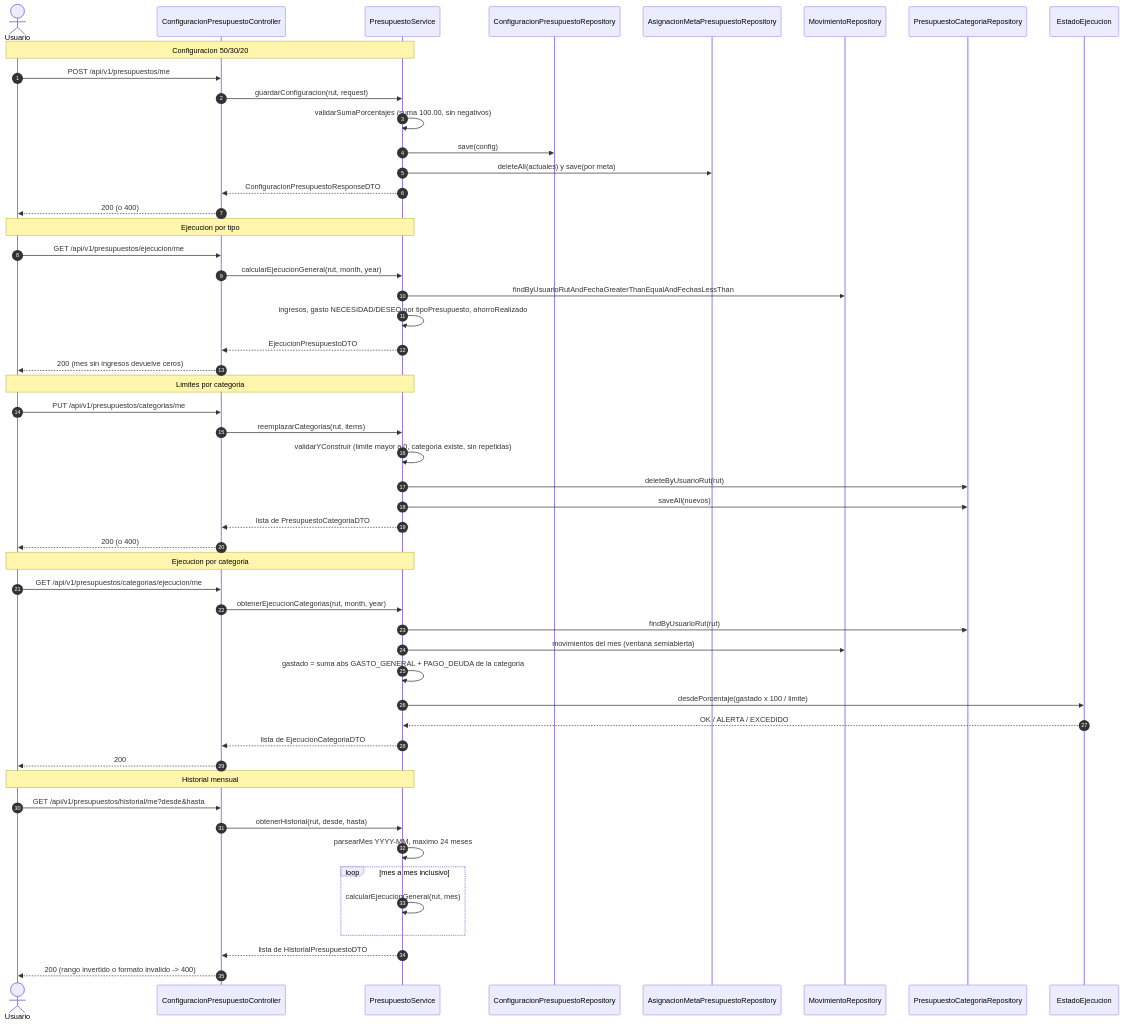
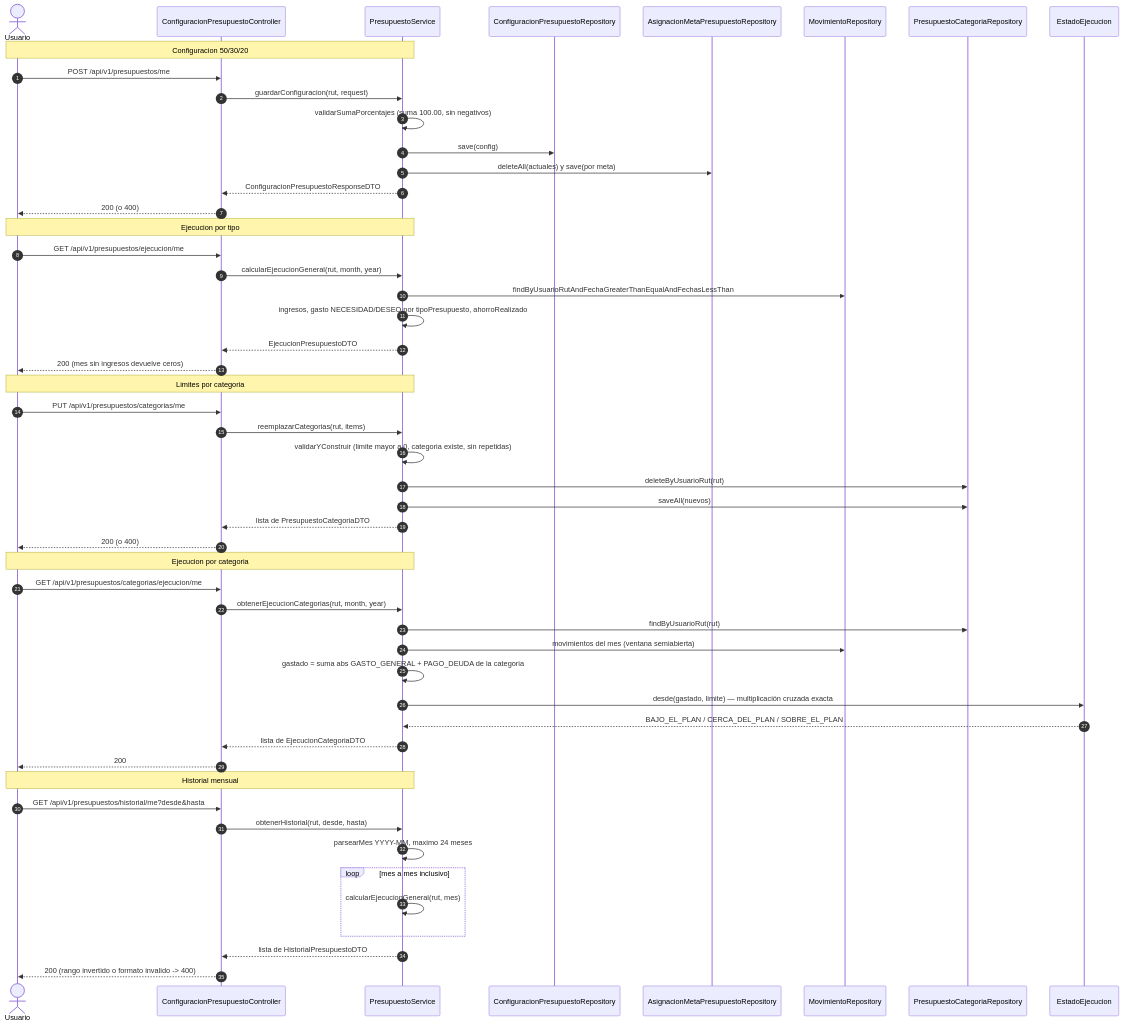
Before and after one commit to ItsMilkey/LITE: the diagram in docs/diagramas/13-flujo-presupuesto.md, drawn with Mermaid. The commit also changed other lines of this file and 31 other files, not shown here.

````diff
--- a/docs/diagramas/13-flujo-presupuesto.md
+++ b/docs/diagramas/13-flujo-presupuesto.md
@@ -17,59 +17,59 @@
 ```mermaid
 sequenceDiagram
     autonumber
     actor U as Usuario
     participant C as ConfiguracionPresupuestoController
     participant P as PresupuestoService
     participant CR as ConfiguracionPresupuestoRepository
     participant AR as AsignacionMetaPresupuestoRepository
     participant MR as MovimientoRepository
     participant PCR as PresupuestoCategoriaRepository
     participant EE as EstadoEjecucion
 
     Note over U,P: Configuracion 50/30/20
     U->>C: POST /api/v1/presupuestos/me
     C->>P: guardarConfiguracion(rut, request)
     P->>P: validarSumaPorcentajes (suma 100.00, sin negativos)
     P->>CR: save(config)
     P->>AR: deleteAll(actuales) y save(por meta)
     P-->>C: ConfiguracionPresupuestoResponseDTO
     C-->>U: 200 (o 400)
 
     Note over U,P: Ejecucion por tipo
     U->>C: GET /api/v1/presupuestos/ejecucion/me
     C->>P: calcularEjecucionGeneral(rut, month, year)
     P->>MR: findByUsuarioRutAndFechaGreaterThanEqualAndFechasLessThan
     P->>P: ingresos, gasto NECESIDAD/DESEO por tipoPresupuesto, ahorroRealizado
     P-->>C: EjecucionPresupuestoDTO
     C-->>U: 200 (mes sin ingresos devuelve ceros)
 
     Note over U,P: Limites por categoria
     U->>C: PUT /api/v1/presupuestos/categorias/me
     C->>P: reemplazarCategorias(rut, items)
     P->>P: validarYConstruir (limite mayor a 0, categoria existe, sin repetidas)
     P->>PCR: deleteByUsuarioRut(rut)
     P->>PCR: saveAll(nuevos)
     P-->>C: lista de PresupuestoCategoriaDTO
     C-->>U: 200 (o 400)
 
     Note over U,P: Ejecucion por categoria
     U->>C: GET /api/v1/presupuestos/categorias/ejecucion/me
     C->>P: obtenerEjecucionCategorias(rut, month, year)
     P->>PCR: findByUsuarioRut(rut)
     P->>MR: movimientos del mes (ventana semiabierta)
     P->>P: gastado = suma abs GASTO_GENERAL + PAGO_DEUDA de la categoria
-    P->>EE: desdePorcentaje(gastado x 100 / limite)
-    EE-->>P: OK / ALERTA / EXCEDIDO
+    P->>EE: desde(gastado, limite) — multiplicación cruzada exacta
+    EE-->>P: BAJO_EL_PLAN / CERCA_DEL_PLAN / SOBRE_EL_PLAN
     P-->>C: lista de EjecucionCategoriaDTO
     C-->>U: 200
 
     Note over U,P: Historial mensual
     U->>C: GET /api/v1/presupuestos/historial/me?desde&hasta
     C->>P: obtenerHistorial(rut, desde, hasta)
     P->>P: parsearMes YYYY-MM, maximo 24 meses
     loop mes a mes inclusivo
         P->>P: calcularEjecucionGeneral(rut, mes)
     end
     P-->>C: lista de HistorialPresupuestoDTO
     C-->>U: 200 (rango invertido o formato invalido -> 400)
 ```
````
